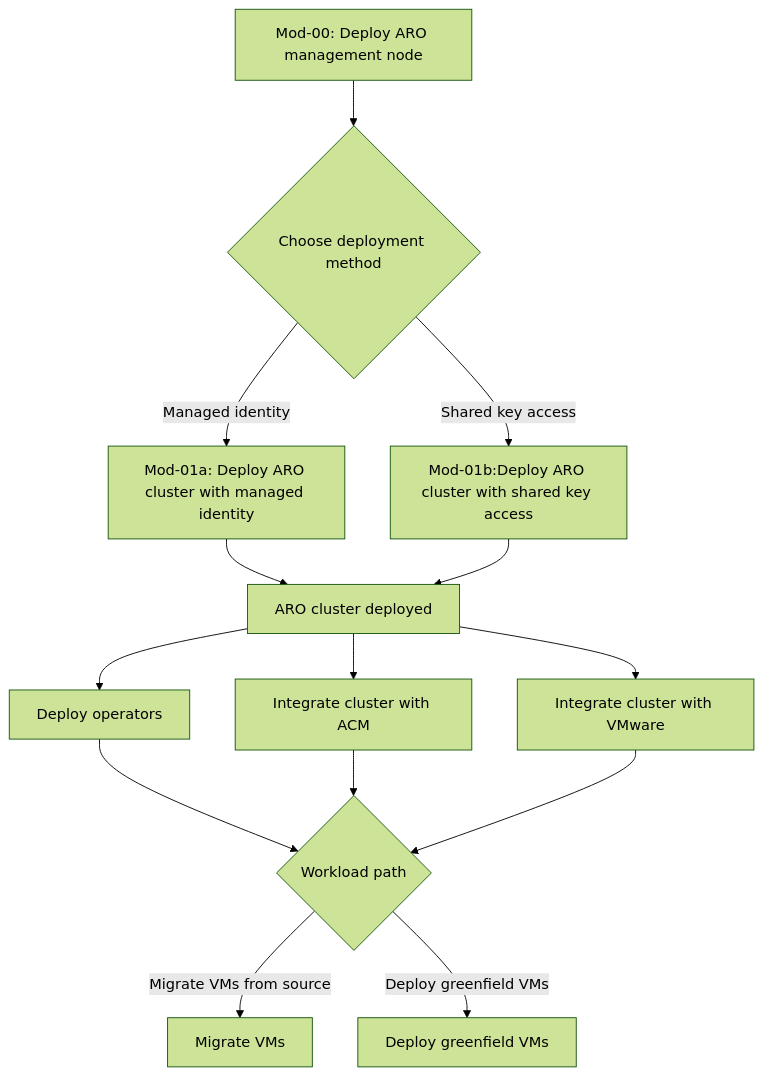
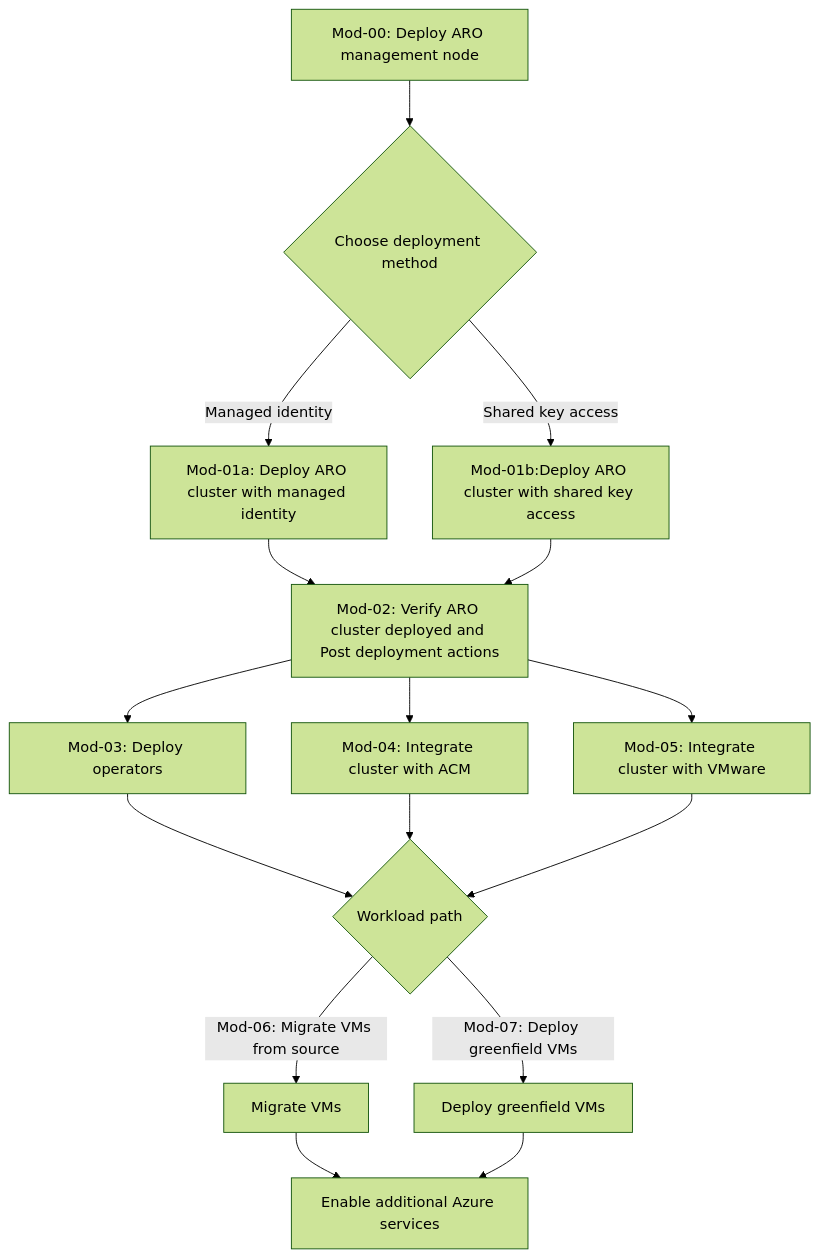
Before and after one commit to heisthesisko/Azure_RedHat_OpenShift_Virtualization: the diagram in README.md, drawn with Mermaid (forest theme).

Commit message:
fix: update flowchart labels for clarity in ARO deployment process

````diff
--- a/README.md
+++ b/README.md
@@ -12,23 +12,26 @@
 ```mermaid
 flowchart
  A[Mod-00: Deploy ARO management node] --> B{Choose deployment method}
 
   B -->|Managed identity| C[Mod-01a: Deploy ARO cluster with managed identity]
   B -->|Shared key access| D[Mod-01b:Deploy ARO cluster with shared key access]
 
-  C --> E[ARO cluster deployed]
+  C --> E[Mod-02: Verify ARO cluster deployed and Post deployment actions]
   D --> E
 
   %% Post-deploy actions (can be done in parallel)
-  E --> F[Deploy operators]
-  E --> G[Integrate cluster with ACM]
-  E --> H[Integrate cluster with VMware]
+  E --> F[Mod-03: Deploy operators]
+  E --> G[Mod-04: Integrate cluster with ACM]
+  E --> H[Mod-05: Integrate cluster with VMware]
 
   %% Workload path after post-deploy setup
   F --> I{Workload path}
   G --> I
   H --> I
 
-  I -->|Migrate VMs from source| J[Migrate VMs]
-  I -->|Deploy greenfield VMs| K[Deploy greenfield VMs]
+  I -->|Mod-06: Migrate VMs from source| J[Migrate VMs]
+  I -->|Mod-07: Deploy greenfield VMs| K[Deploy greenfield VMs]
+  %% Final step for both paths
+  J --> L[Enable additional Azure services]
+  K --> L
 ```
````
